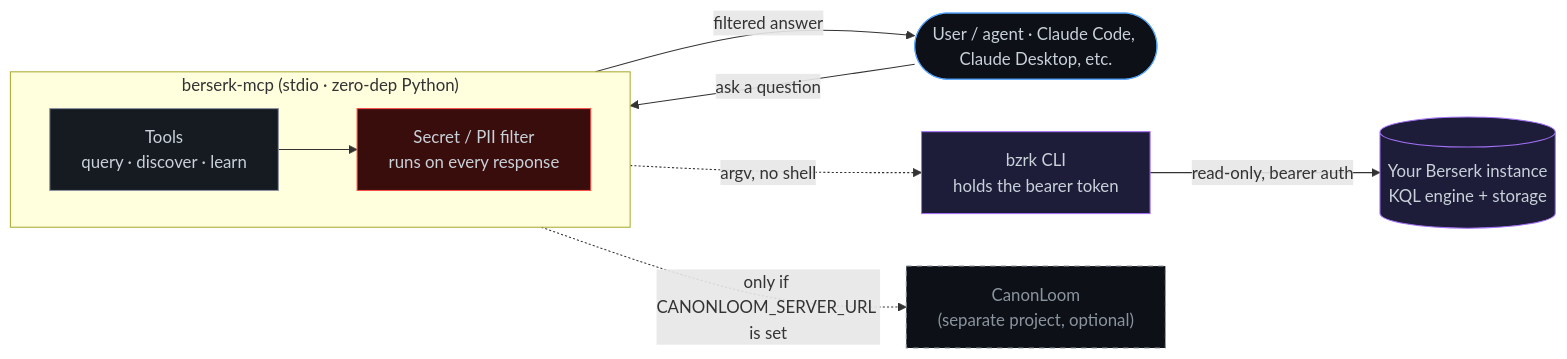
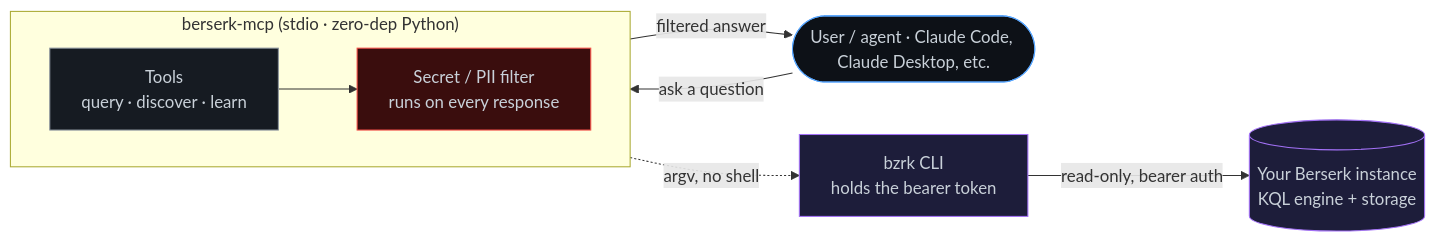
Before and after one commit to ssimonsen0202/berserk_mcp: the diagram in README.md, drawn with Mermaid. The commit also changed other lines of this file, not shown here.

First line of the commit message:
docs: drop CanonLoom from the architecture diagram

````diff
--- a/README.md
+++ b/README.md
@@ -286,28 +286,24 @@
 ```mermaid
 flowchart LR
   classDef user      fill:#0d1117,stroke:#58a6ff,color:#c9d1d9
   classDef mcp       fill:#161b22,stroke:#8b949e,color:#c9d1d9
   classDef security  fill:#3a0d0d,stroke:#f85149,color:#c9d1d9
   classDef berserk   fill:#1d1d3a,stroke:#a371f7,color:#c9d1d9
-  classDef optional  fill:#0d1117,stroke:#8b949e,color:#8b949e,stroke-dasharray:5 5
 
   User([User / agent · Claude Code, Claude Desktop, etc.]):::user
 
   subgraph M["berserk-mcp (stdio · zero-dep Python)"]
     direction LR
     Tools["Tools\nquery · discover · learn"]:::mcp
     Redact["Secret / PII filter\nruns on every response"]:::security
     Tools --> Redact
   end
 
   Bzrk["bzrk CLI\nholds the bearer token"]:::berserk
   Gw[("Your Berserk instance\nKQL engine + storage")]:::berserk
 
-  CL["CanonLoom\n(separate project, optional)"]:::optional
-
   User -- "ask a question" --> Tools
   Tools -. "argv, no shell" .-> Bzrk
   Bzrk -- "read-only, bearer auth" --> Gw
   Redact -- "filtered answer" --> User
-  Tools -. "only if CANONLOOM_SERVER_URL is set" .-> CL
 ```
````
